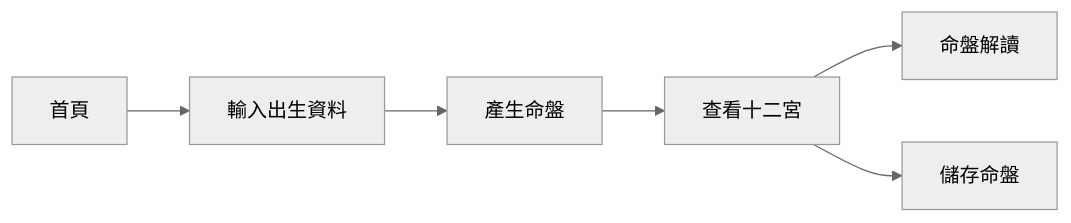
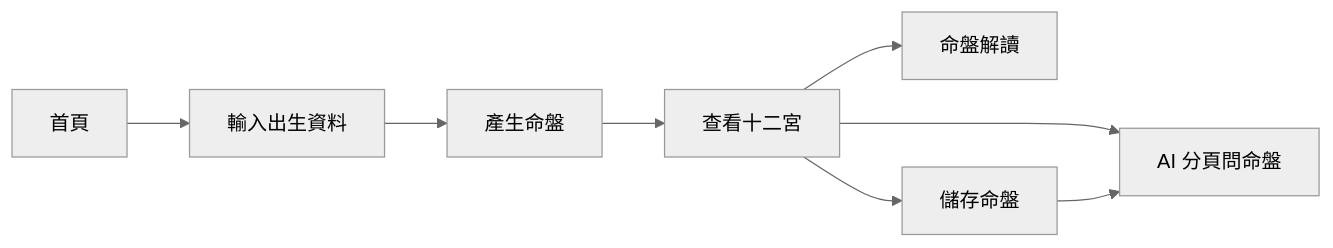
The second of 5 diagrams in PRODUCT.md (narumiruna/mighty-zi-wei), drawn with Mermaid (neutral theme) before and after one commit. The commit also changed other lines of this file and 18 other files, not shown here.

Commit message:
feat(ai): add chart conversation assistant

````diff
--- a/PRODUCT.md
+++ b/PRODUCT.md
@@ -166,15 +168,18 @@
 ```mermaid
 flowchart LR
     A["首頁"]
     B["輸入出生資料"]
     C["產生命盤"]
     D["查看十二宮"]
     E["命盤解讀"]
     F["儲存命盤"]
+    G["AI 分頁問命盤"]
 
     A --> B
     B --> C
     C --> D
     D --> E
     D --> F
+    D --> G
+    F --> G
 ```
````
